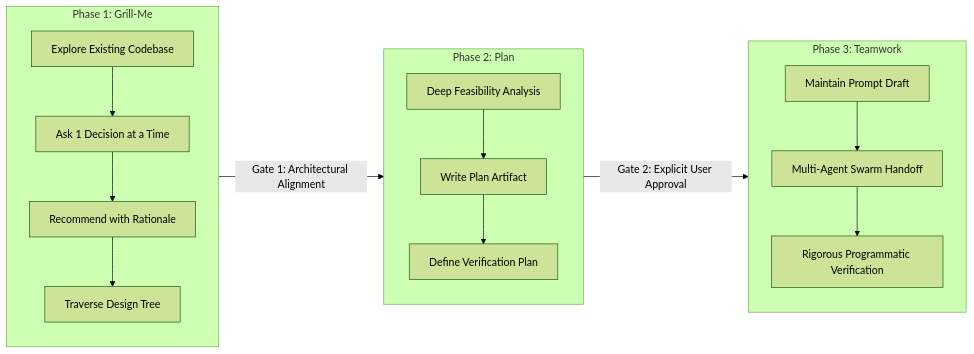
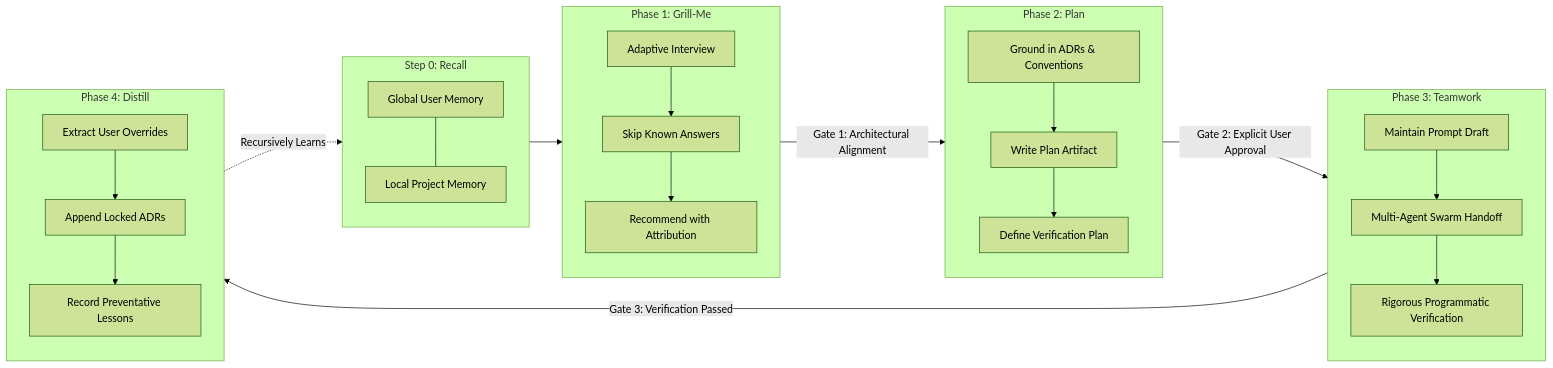
Before and after one commit to tysongoulding/grill-plan-team: the diagram in README.md, drawn with Mermaid (forest theme). The commit also changed other lines of this file and 23 other files, not shown here.

````diff
--- a/README.md
+++ b/README.md
@@ -20,21 +20,32 @@
 ```mermaid
 flowchart LR
+    subgraph S0["Step 0: Recall"]
+        M1["Global User Memory"] --- M2["Local Project Memory"]
+    end
+
     subgraph P1["Phase 1: Grill-Me"]
-        A1["Explore Existing Codebase"] --> A2["Ask 1 Decision at a Time"]
-        A2 --> A3["Recommend with Rationale"]
-        A3 --> A4["Traverse Design Tree"]
+        A1["Adaptive Interview"] --> A2["Skip Known Answers"]
+        A2 --> A3["Recommend with Attribution"]
     end
 
     subgraph P2["Phase 2: Plan"]
-        B1["Deep Feasibility Analysis"] --> B2["Write Plan Artifact"]
+        B1["Ground in ADRs & Conventions"] --> B2["Write Plan Artifact"]
         B2 --> B3["Define Verification Plan"]
     end
 
     subgraph P3["Phase 3: Teamwork"]
         C1["Maintain Prompt Draft"] --> C2["Multi-Agent Swarm Handoff"]
         C2 --> C3["Rigorous Programmatic Verification"]
     end
 
+    subgraph P4["Phase 4: Distill"]
+        D1["Extract User Overrides"] --> D2["Append Locked ADRs"]
+        D2 --> D3["Record Preventative Lessons"]
+    end
+
+    S0 --> P1
     P1 -->|"Gate 1: Architectural Alignment"| P2
     P2 -->|"Gate 2: Explicit User Approval"| P3
+    P3 -->|"Gate 3: Verification Passed"| P4
+    P4 -.->|"Recursively Learns"| S0
 ```
````
